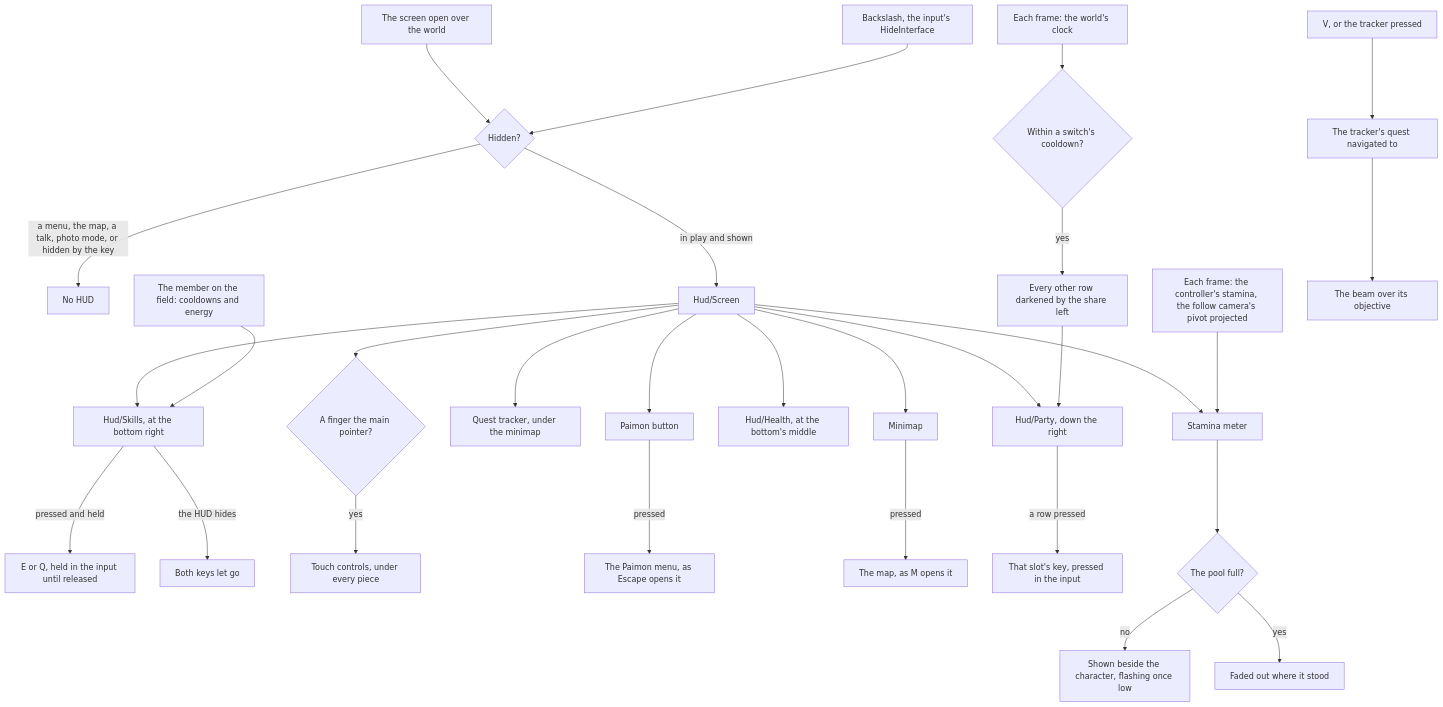
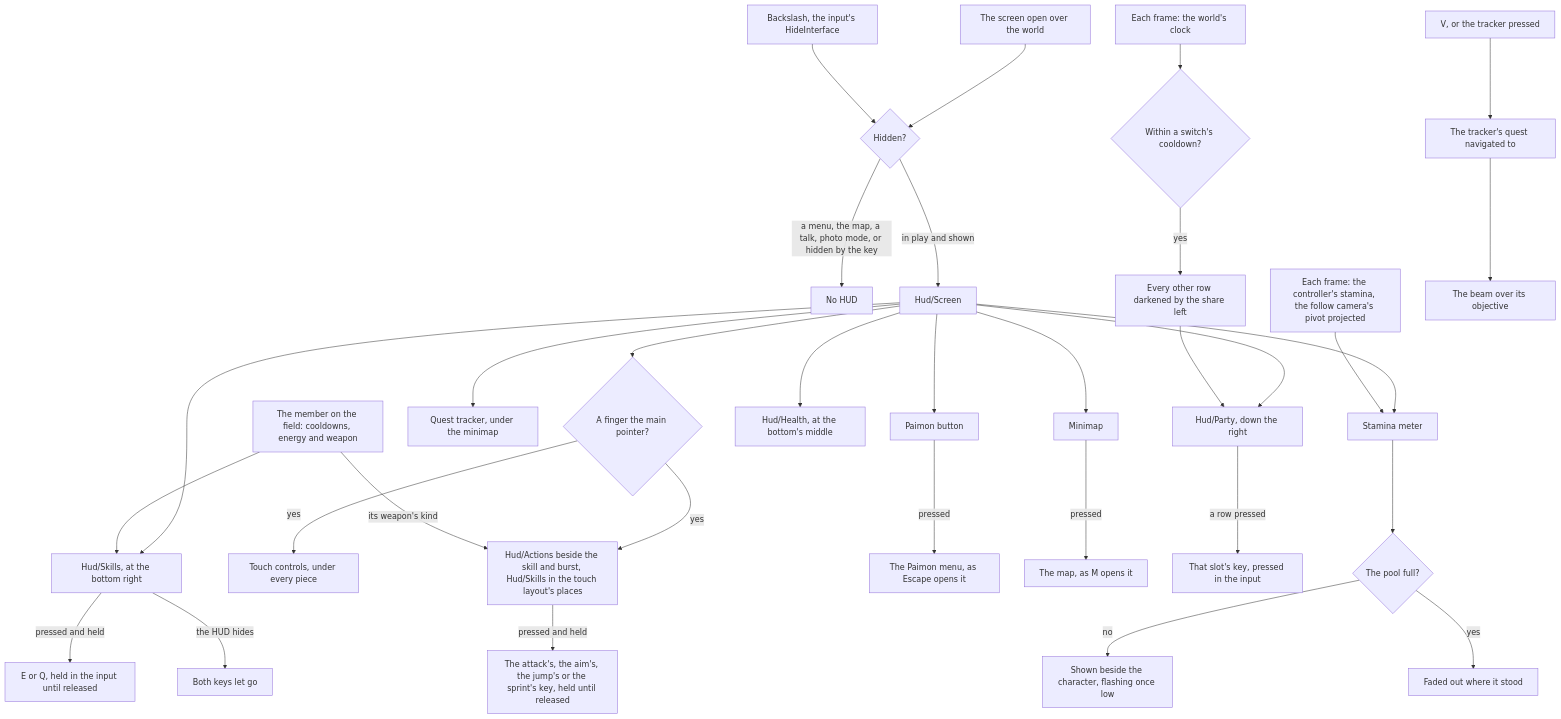
The diagram in apps/web/content/docs/genshin/hud.md (Esposter/Esposter), drawn with Mermaid before and after one commit. The commit also changed other lines of this file and 21 other files, not shown here.

````diff
--- a/apps/web/content/docs/genshin/hud.md
+++ b/apps/web/content/docs/genshin/hud.md
@@ -17,31 +20,34 @@
 ```mermaid
 flowchart TD
   KIND["The screen open over the world"] --> HIDDEN{"Hidden?"}
   KEY["Backslash, the input's HideInterface"] --> HIDDEN
   HIDDEN -->|"a menu, the map, a talk, photo mode, or hidden by the key"| NONE["No HUD"]
   HIDDEN -->|"in play and shown"| HUD["Hud/Screen"]
   HUD --> PB["Paimon button"]
   HUD --> MINI["Minimap"]
   HUD --> TRACKER["Quest tracker, under the minimap"]
   HUD --> PARTY["Hud/Party, down the right"]
   HUD --> HEALTH["Hud/Health, at the bottom's middle"]
   HUD --> SKILLS["Hud/Skills, at the bottom right"]
-  FIELD["The member on the field: cooldowns and energy"] --> SKILLS
+  FIELD["The member on the field: cooldowns, energy and weapon"] --> SKILLS
   SKILLS -->|"pressed and held"| KEYS["E or Q, held in the input until released"]
   SKILLS -->|"the HUD hides"| RELEASE["Both keys let go"]
   HUD --> STAMINA["Stamina meter"]
   HUD --> TOUCH{"A finger the main pointer?"}
   TOUCH -->|"yes"| CONTROLS["Touch controls, under every piece"]
+  TOUCH -->|"yes"| ACTIONS["Hud/Actions beside the skill and burst, Hud/Skills in the touch layout's places"]
+  ACTIONS -->|"pressed and held"| ACTION_KEYS["The attack's, the aim's, the jump's or the sprint's key, held until released"]
+  FIELD -->|"its weapon's kind"| ACTIONS
   PB -->|"pressed"| MENU["The Paimon menu, as Escape opens it"]
   MINI -->|"pressed"| MAP["The map, as M opens it"]
   CLOCK["Each frame: the world's clock"] --> SWITCH{"Within a switch's cooldown?"}
   SWITCH -->|"yes"| DARK["Every other row darkened by the share left"]
   DARK --> PARTY
   PARTY -->|"a row pressed"| SLOT["That slot's key, pressed in the input"]
   FRAME["Each frame: the controller's stamina, the follow camera's pivot projected"] --> STAMINA
   STAMINA --> FULL{"The pool full?"}
   FULL -->|"no"| SHOWN["Shown beside the character, flashing once low"]
   FULL -->|"yes"| FADE["Faded out where it stood"]
   V["V, or the tracker pressed"] --> NAVIGATE["The tracker's quest navigated to"]
   NAVIGATE --> BEAM["The beam over its objective"]
 ```
````
